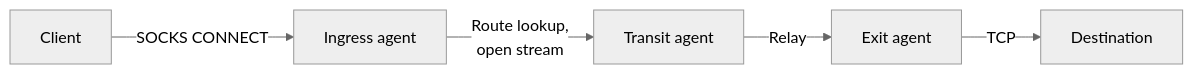
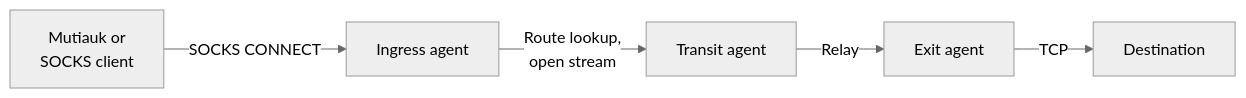
One commit to Muti-Metroo/Muti-Metroo changed the third of 4 diagrams in docs/docs/concepts/architecture.md. Above: the diagram before and after it, drawn with Mermaid (neutral theme). The commit also changed other lines of this file and 36 other files, not shown here.

````diff
--- a/docs/docs/concepts/architecture.md
+++ b/docs/docs/concepts/architecture.md
@@ -91,7 +93,7 @@
 ```mermaid
 flowchart LR
-    Client[Client] -->|SOCKS CONNECT| Ingress[Ingress agent]
+    Client[Mutiauk or<br/>SOCKS client] -->|SOCKS CONNECT| Ingress[Ingress agent]
     Ingress -->|Route lookup,<br/>open stream| Transit[Transit agent]
     Transit -->|Relay| Exit[Exit agent]
     Exit -->|TCP| Server[Destination]
 ```
````
